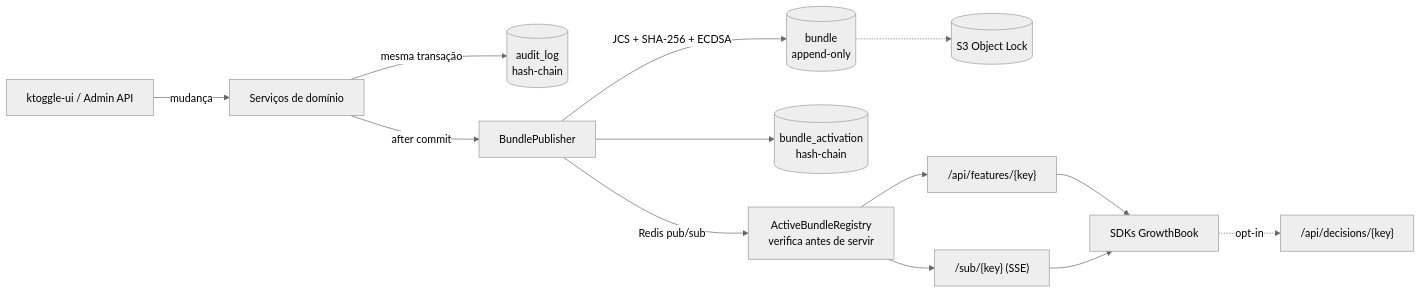
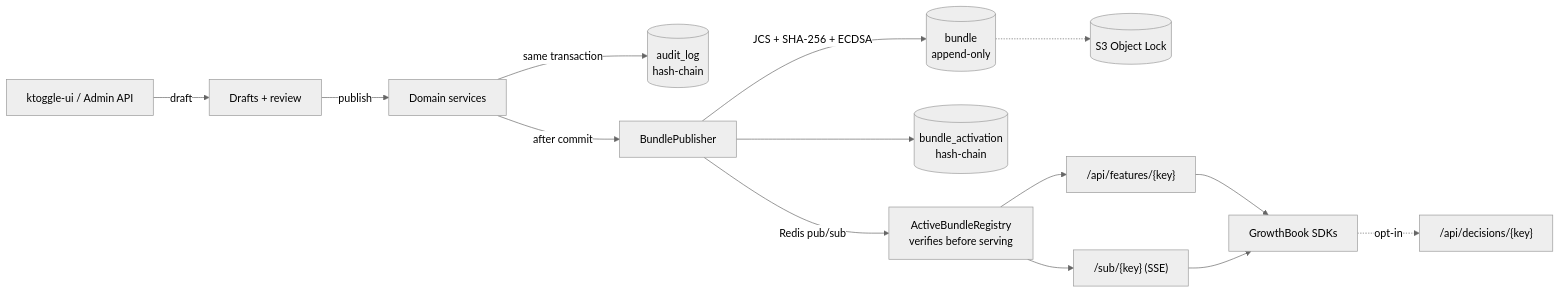
One commit to ulysseslopes-kto/ktoggle changed the diagram in README.md. Above: the diagram before and after it, drawn with Mermaid (neutral theme). The commit also changed other lines of this file and 10 other files, not shown here.

````diff
--- a/README.md
+++ b/README.md
@@ -23,15 +26,16 @@
 ```mermaid
 flowchart LR
-    UI[ktoggle-ui / Admin API] -->|mudança| SVC[Serviços de domínio]
-    SVC -->|mesma transação| AUD[(audit_log<br/>hash-chain)]
+    UI[ktoggle-ui / Admin API] -->|draft| DR[Drafts + review]
+    DR -->|publish| SVC[Domain services]
+    SVC -->|same transaction| AUD[(audit_log<br/>hash-chain)]
     SVC -->|after commit| PUB[BundlePublisher]
     PUB -->|JCS + SHA-256 + ECDSA| B[(bundle<br/>append-only)]
     PUB --> ACT[(bundle_activation<br/>hash-chain)]
     B -.-> S3[(S3 Object Lock)]
-    PUB -->|Redis pub/sub| REG[ActiveBundleRegistry<br/>verifica antes de servir]
+    PUB -->|Redis pub/sub| REG[ActiveBundleRegistry<br/>verifies before serving]
     REG --> API["/api/features/{key}"]
     REG --> SSE["/sub/{key} (SSE)"]
-    API --> SDK[SDKs GrowthBook]
+    API --> SDK[GrowthBook SDKs]
     SSE --> SDK
     SDK -.->|opt-in| DEC["/api/decisions/{key}"]
 ```
````
